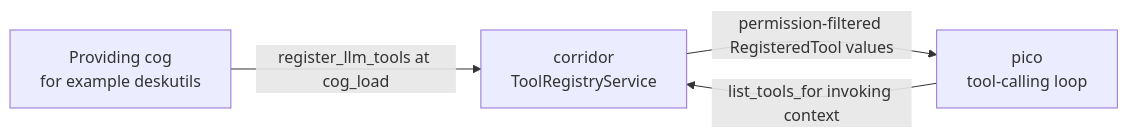
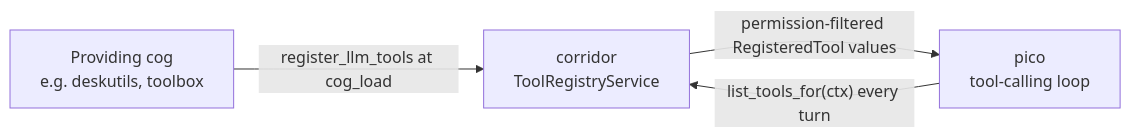
Before and after one commit to pixel-agents-hq/pixel-agents-cogs: the first of 5 diagrams in docs/corridor-tool-registry-design.md, drawn with Mermaid. The commit also changed other lines of this file and 39 other files, not shown here.

````diff
--- a/docs/corridor-tool-registry-design.md
+++ b/docs/corridor-tool-registry-design.md
@@ -10,10 +11,10 @@
 ```mermaid
 flowchart LR
-    D["Providing cog<br/>for example deskutils"]
+    D["Providing cog<br/>e.g. deskutils, toolbox"]
     C["corridor<br/>ToolRegistryService"]
     P["pico<br/>tool-calling loop"]
 
     D -->|"register_llm_tools at cog_load"| C
-    P -->|"list_tools_for invoking context"| C
+    P -->|"list_tools_for(ctx) every turn"| C
     C -->|"permission-filtered RegisteredTool values"| P
 ```
````
